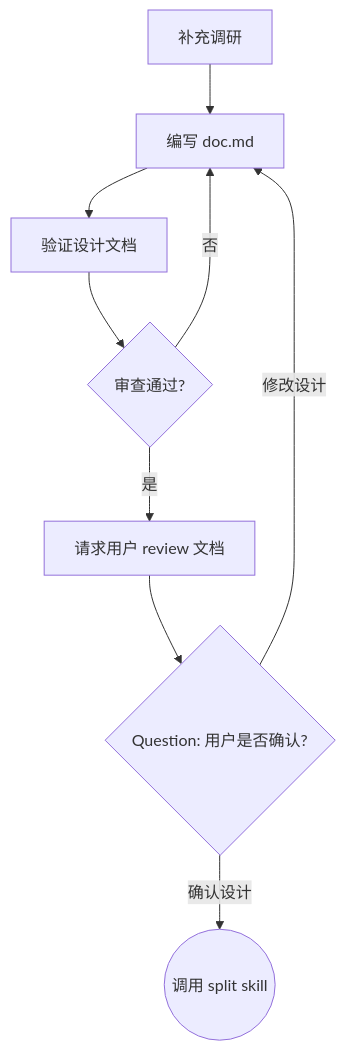
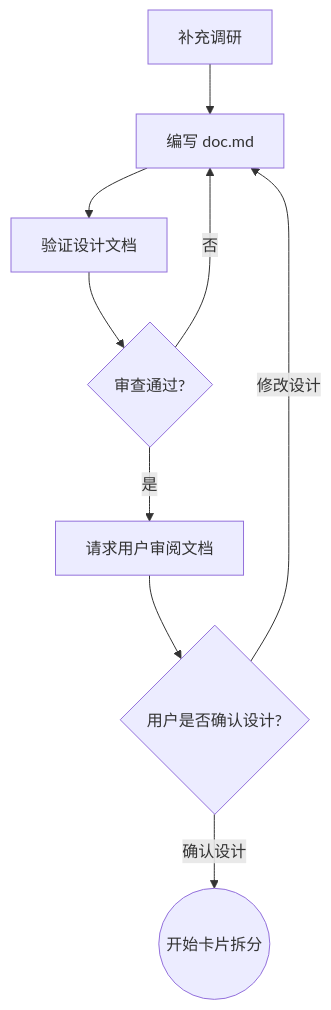
One commit to BaiduComate/mission-flow changed the diagram in skills/design/SKILL.md. Above: the diagram before and after it, drawn with Mermaid. The commit also changed other lines of this file and 11 other files, not shown here.

Commit message:
feat: localize mission flow stage names

````diff
--- a/skills/design/SKILL.md
+++ b/skills/design/SKILL.md
@@ -78,11 +80,11 @@
 ```mermaid
 flowchart TD
     A[补充调研] --> B[编写 doc.md]
     B --> C[验证设计文档]
     C --> D{审查通过?}
     D -->|否| B
-    D -->|是| E[请求用户 review 文档]
-    E --> F{Question: 用户是否确认?}
+    D -->|是| E[请求用户审阅文档]
+    E --> F{用户是否确认设计?}
     F -->|修改设计| B
-    F -->|确认设计| G((调用 split skill))
+    F -->|确认设计| G((开始卡片拆分))
 ```
````
